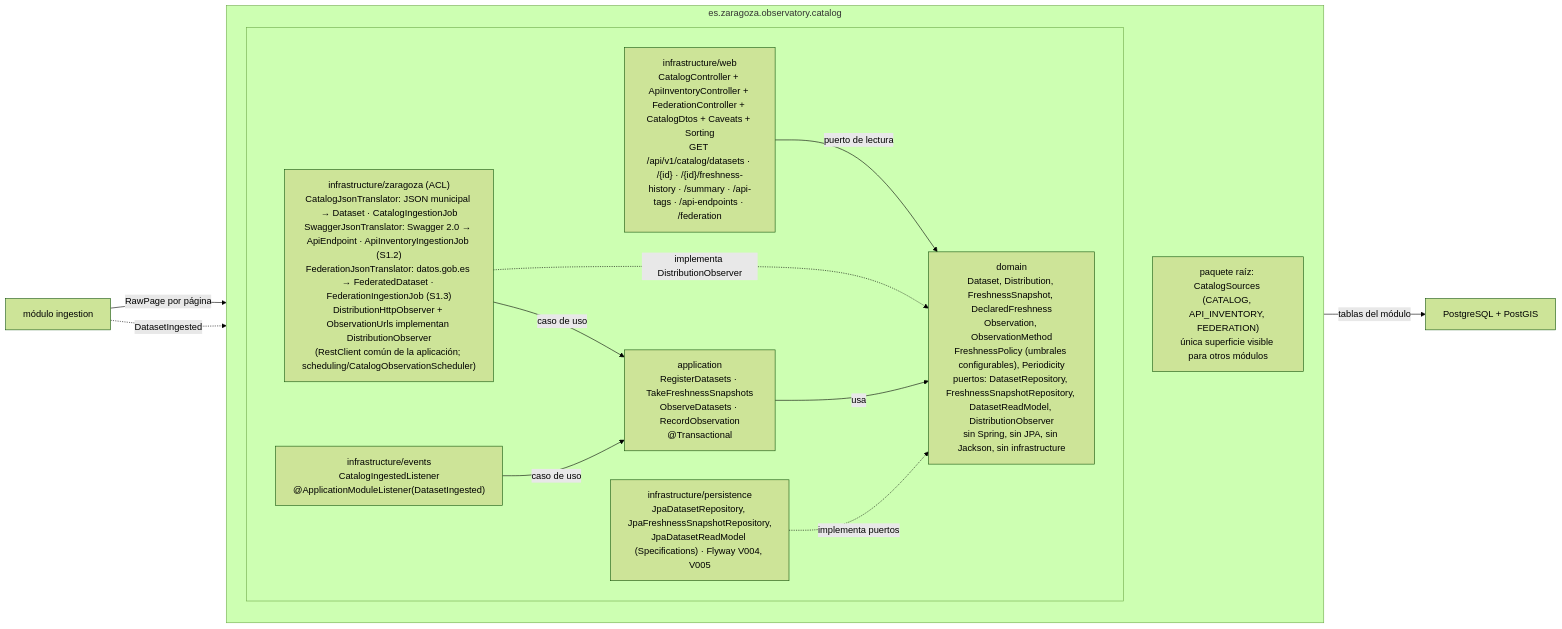
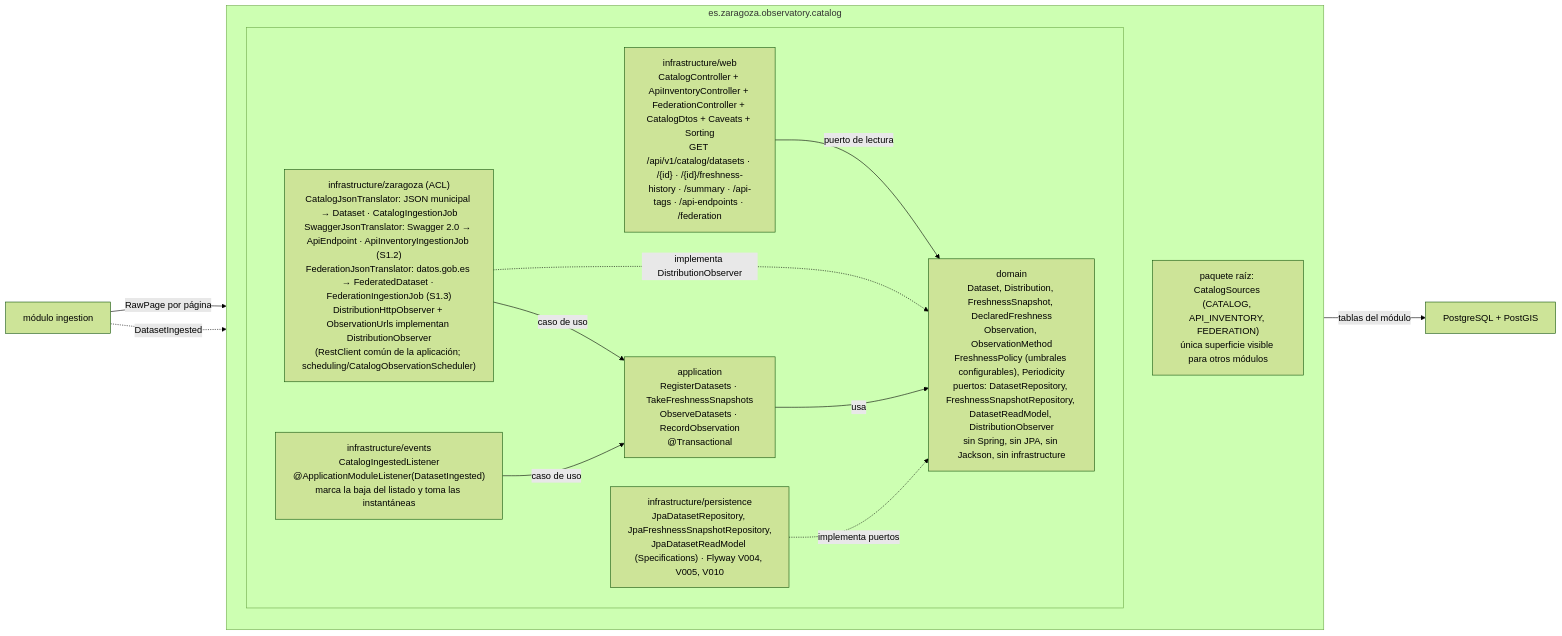
One commit to MarioNaya/zaragoza-observatorio changed the third of 3 diagrams in docs/arquitectura.md. Above: the diagram before and after it, drawn with Mermaid (forest theme). The commit also changed other lines of this file and 20 other files, not shown here.

````diff
--- a/docs/arquitectura.md
+++ b/docs/arquitectura.md
@@ -104,24 +104,24 @@
 ```mermaid
 flowchart LR
   subgraph MOD["es.zaragoza.observatory.catalog"]
     direction TB
     APIP["paquete raíz: CatalogSources (CATALOG, API_INVENTORY, FEDERATION)<br/>única superficie visible para otros módulos"]
     subgraph HEX[" "]
       direction LR
       WEB["infrastructure/web<br/>CatalogController + ApiInventoryController + FederationController + CatalogDtos + Caveats + Sorting<br/>GET /api/v1/catalog/datasets · /{id} · /{id}/freshness-history · /summary · /api-tags · /api-endpoints · /federation"]
       APP["application<br/>RegisterDatasets · TakeFreshnessSnapshots<br/>ObserveDatasets · RecordObservation<br/>@Transactional"]
       DOMN["domain<br/>Dataset, Distribution, FreshnessSnapshot, DeclaredFreshness<br/>Observation, ObservationMethod<br/>FreshnessPolicy (umbrales configurables), Periodicity<br/>puertos: DatasetRepository, FreshnessSnapshotRepository, DatasetReadModel, DistributionObserver<br/>sin Spring, sin JPA, sin Jackson, sin infrastructure"]
       ZGZ["infrastructure/zaragoza (ACL)<br/>CatalogJsonTranslator: JSON municipal → Dataset · CatalogIngestionJob<br/>SwaggerJsonTranslator: Swagger 2.0 → ApiEndpoint · ApiInventoryIngestionJob (S1.2)<br/>FederationJsonTranslator: datos.gob.es → FederatedDataset · FederationIngestionJob (S1.3)<br/>DistributionHttpObserver + ObservationUrls implementan DistributionObserver<br/>(RestClient común de la aplicación; scheduling/CatalogObservationScheduler)"]
-      EVT["infrastructure/events<br/>CatalogIngestedListener<br/>@ApplicationModuleListener(DatasetIngested)"]
-      PER["infrastructure/persistence<br/>JpaDatasetRepository, JpaFreshnessSnapshotRepository,<br/>JpaDatasetReadModel (Specifications) · Flyway V004, V005"]
+      EVT["infrastructure/events<br/>CatalogIngestedListener<br/>@ApplicationModuleListener(DatasetIngested)<br/>marca la baja del listado y toma las instantáneas"]
+      PER["infrastructure/persistence<br/>JpaDatasetRepository, JpaFreshnessSnapshotRepository,<br/>JpaDatasetReadModel (Specifications) · Flyway V004, V005, V010"]
       WEB -- "puerto de lectura" --> DOMN
       ZGZ -- "caso de uso" --> APP
       ZGZ -. "implementa DistributionObserver" .-> DOMN
       EVT -- "caso de uso" --> APP -- "usa" --> DOMN
       PER -. "implementa puertos" .-> DOMN
     end
   end
   INGX["módulo ingestion"] -- "RawPage por página" --> ZGZ
   INGX -. "DatasetIngested" .-> EVT
   PER -- "tablas del módulo" --> PG["PostgreSQL + PostGIS"]
 ```
````
